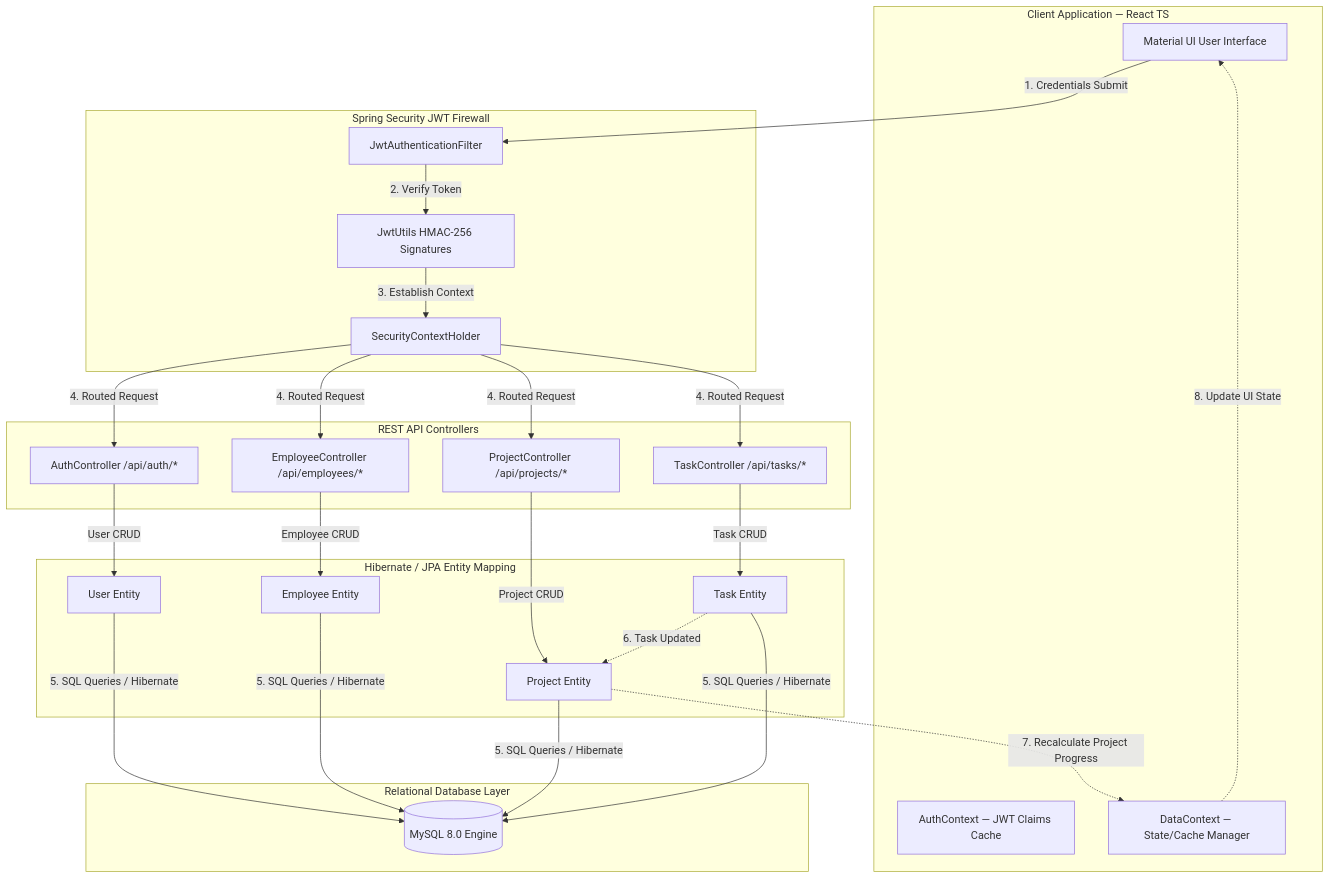
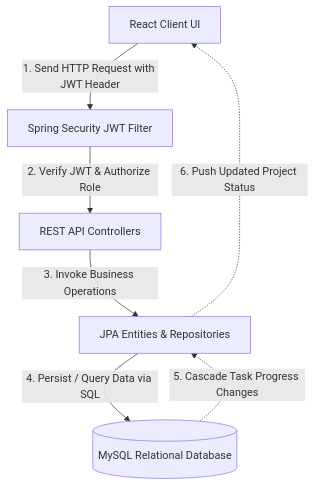
Before and after one commit to Anish-Reddy-S/Smart-Employee-and-Project-Management-System: the diagram in README.md, drawn with Mermaid.

````diff
--- a/README.md
+++ b/README.md
@@ -20,54 +20,19 @@
 ```mermaid
 flowchart TD
-    %% Define Groups
-    subgraph Client [Client Application — React TS]
-        UI[Material UI User Interface]
-        AuthCtx[AuthContext — JWT Claims Cache]
-        DataCtx[DataContext — State/Cache Manager]
-    end
+    %% Define Nodes with clean styling
+    UI[React Client UI]
+    Security[Spring Security JWT Filter]
+    Controller[REST API Controllers]
+    JPA[JPA Entities & Repositories]
+    DB[(MySQL Relational Database)]
 
-    subgraph SecurityLayer [Spring Security JWT Firewall]
-        AuthFilter[JwtAuthenticationFilter]
-        SecCtx[SecurityContextHolder]
-        TokenVerifier[JwtUtils HMAC-256 Signatures]
-    end
+    %% Execution Flow
+    UI -->|1. Send HTTP Request with JWT Header| Security
+    Security -->|2. Verify JWT & Authorize Role| Controller
+    Controller -->|3. Invoke Business Operations| JPA
+    JPA -->|4. Persist / Query Data via SQL| DB
 
-    subgraph Controllers [REST API Controllers]
-        AuthCtrl[AuthController /api/auth/*]
-        EmpCtrl[EmployeeController /api/employees/*]
-        ProjCtrl[ProjectController /api/projects/*]
-        TaskCtrl[TaskController /api/tasks/*]
-    end
-
-    subgraph Entities [Hibernate / JPA Entity Mapping]
-        UserEnt[User Entity]
-        EmpEnt[Employee Entity]
-        ProjEnt[Project Entity]
-        TaskEnt[Task Entity]
-    end
-
-    subgraph Database [Relational Database Layer]
-        MySQL[(MySQL 8.0 Engine)]
-    end
-
-    %% Flow lines
-    UI -->|1. Credentials Submit| AuthFilter
-    AuthFilter -->|2. Verify Token| TokenVerifier
-    TokenVerifier -->|3. Establish Context| SecCtx
-    
-    SecCtx -->|4. Routed Request| AuthCtrl & EmpCtrl & ProjCtrl & TaskCtrl
-    
-    %% Entity / JPA interaction
-    AuthCtrl -->|User CRUD| UserEnt
-    EmpCtrl -->|Employee CRUD| EmpEnt
-    ProjCtrl -->|Project CRUD| ProjEnt
-    TaskCtrl -->|Task CRUD| TaskEnt
-    
-    %% Database Persistence
-    UserEnt & EmpEnt & ProjEnt & TaskEnt -->|5. SQL Queries / Hibernate| MySQL
-    
-    %% Automatic Progress Recalculation Flow
-    TaskEnt -.->|6. Task Updated| ProjEnt
-    ProjEnt -.->|7. Recalculate Project Progress| DataCtx
-    DataCtx -.->|8. Update UI State| UI
+    %% Dynamic Sync Loop
+    DB -.->|5. Cascade Task Progress Changes| JPA
+    JPA -.->|6. Push Updated Project Status| UI
 ```
````
